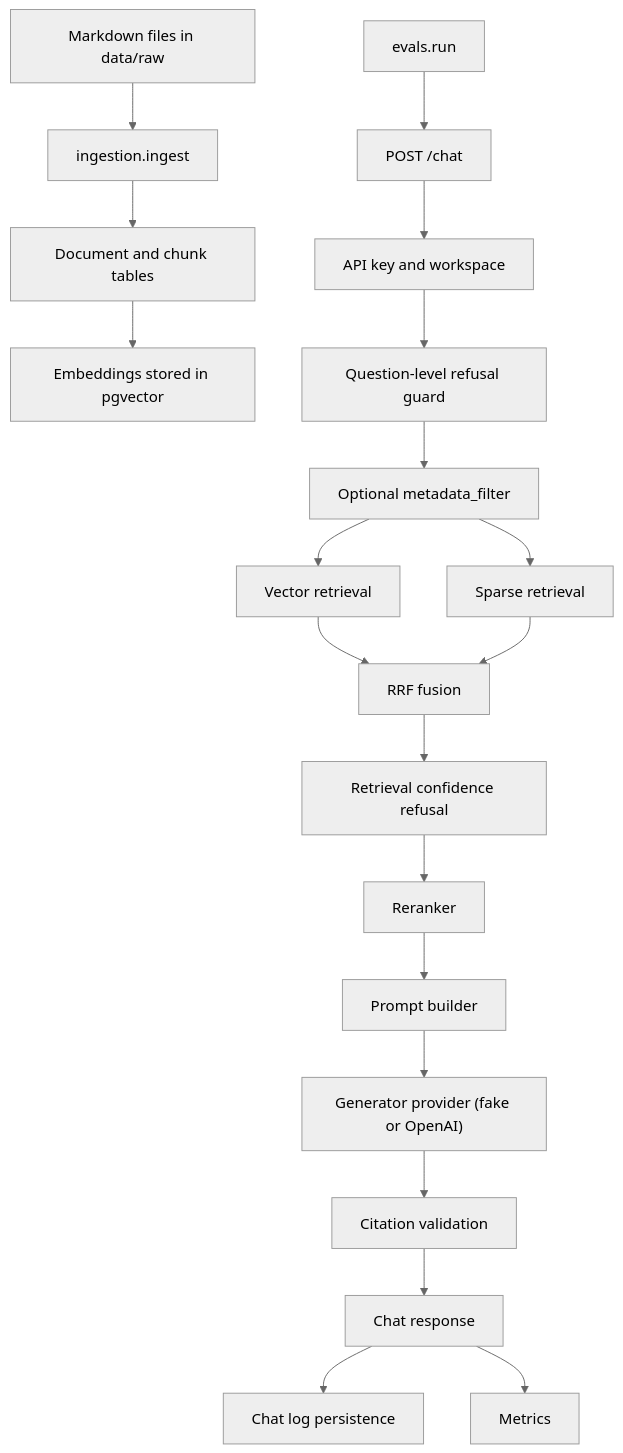
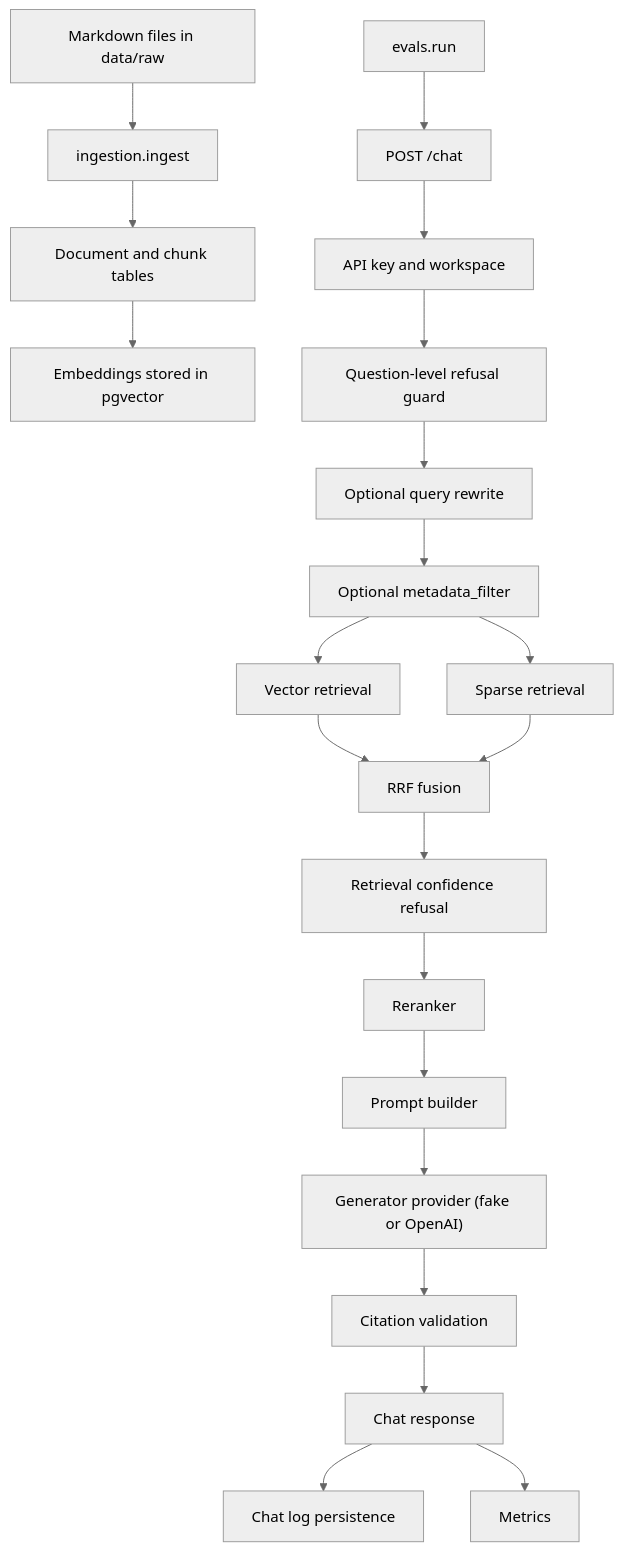
One commit to ictup/Production_RAG_Assistant changed the diagram in docs/PROJECT_HANDOFF.md. Above: the diagram before and after it, drawn with Mermaid (neutral theme). The commit also changed other lines of this file and 12 other files, not shown here.

Commit message:
Add OpenAI query rewrite provider

````diff
--- a/docs/PROJECT_HANDOFF.md
+++ b/docs/PROJECT_HANDOFF.md
@@ -960,22 +987,23 @@
 ```mermaid
 flowchart TD
     A["Markdown files in data/raw"] --> B["ingestion.ingest"]
     B --> C["Document and chunk tables"]
     C --> D["Embeddings stored in pgvector"]
     E["POST /chat"] --> F["API key and workspace"]
     F --> G["Question-level refusal guard"]
-    G --> MF["Optional metadata_filter"]
+    G --> QR["Optional query rewrite"]
+    QR --> MF["Optional metadata_filter"]
     MF --> H["Vector retrieval"]
     MF --> I["Sparse retrieval"]
     H --> J["RRF fusion"]
     I --> J
     J --> K["Retrieval confidence refusal"]
     K --> L["Reranker"]
     L --> M["Prompt builder"]
     M --> N["Generator provider (fake or OpenAI)"]
     N --> O["Citation validation"]
     O --> P["Chat response"]
     P --> Q["Chat log persistence"]
     P --> R["Metrics"]
     S["evals.run"] --> E
 ```
````
